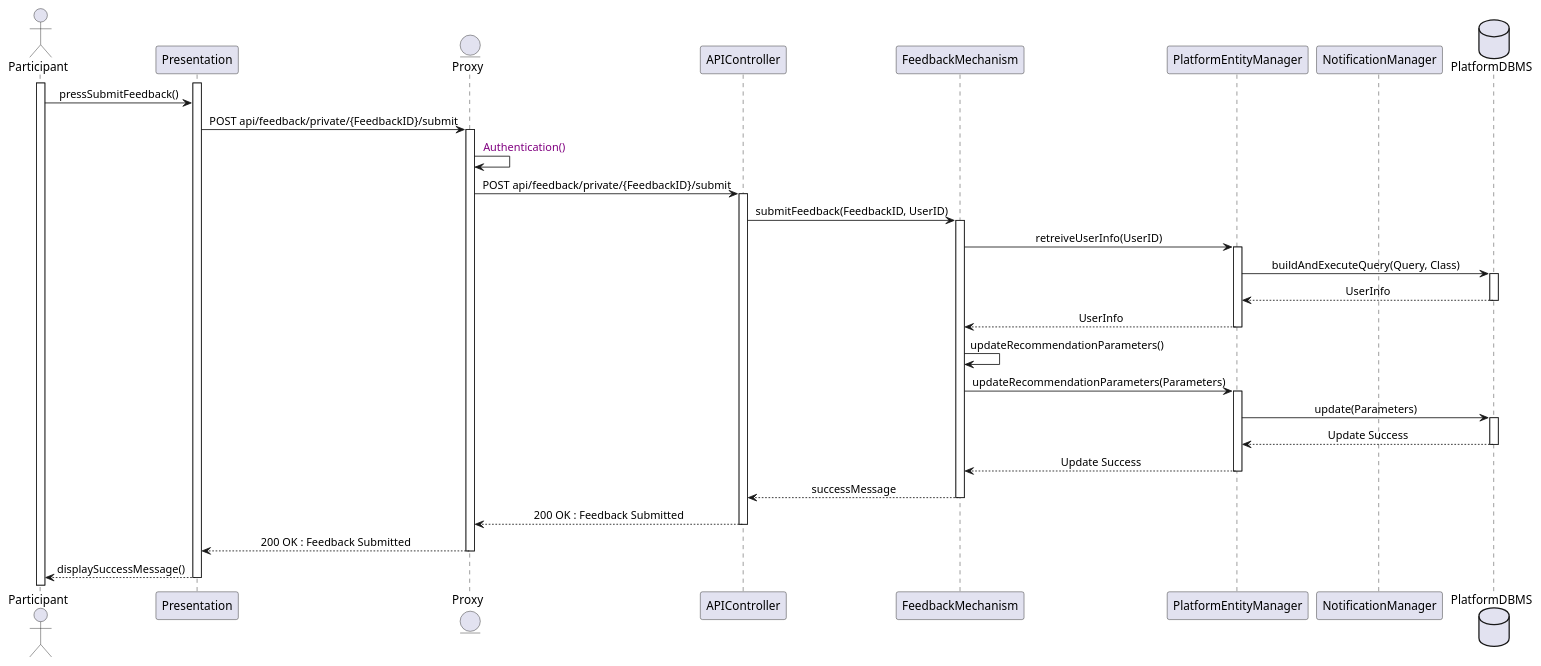
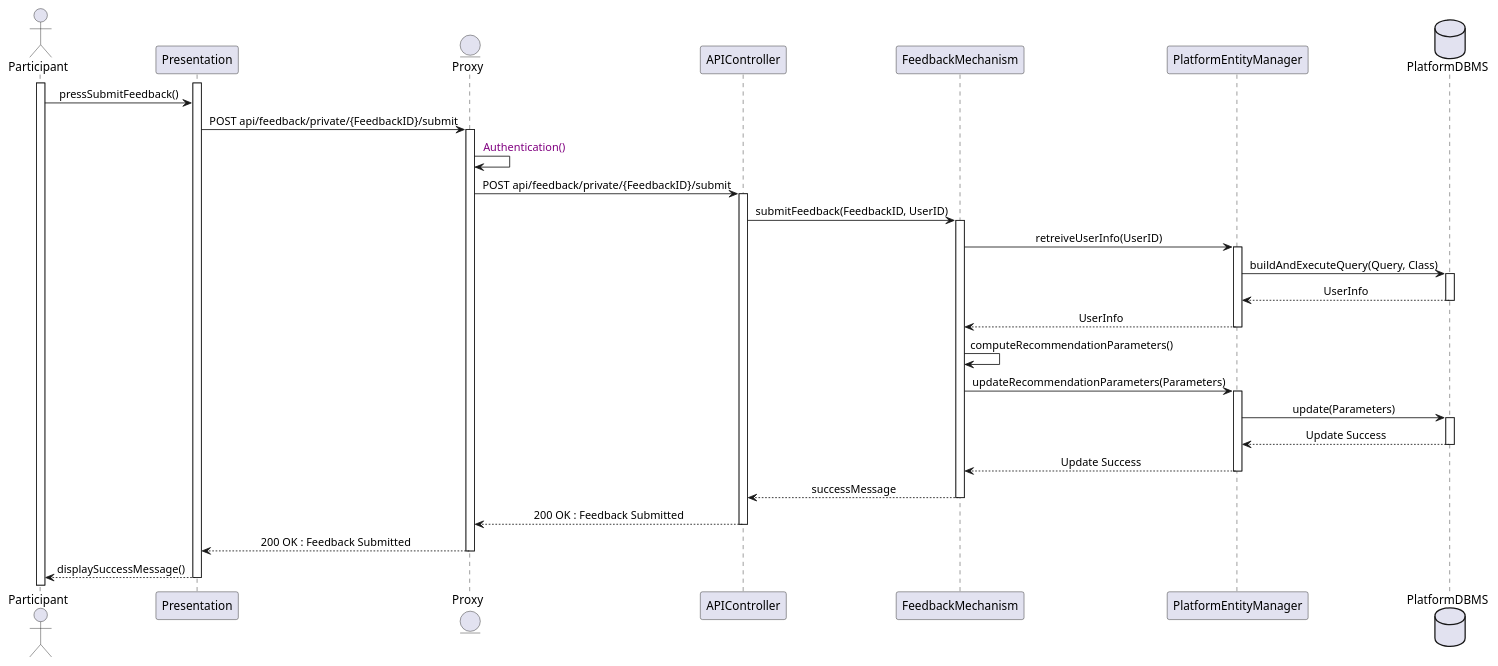
One commit to Slaitroc/RicciPaoliGrisoni changed the diagram in Diagrams/SequenceDiagrams/DD/6.2ParticipantSubmitsFeedback.wsd. Above: the diagram before and after it, drawn with PlantUML. The commit also changed 4 other files, not shown here.

Commit message:
Refactor DD SequenceDiagrams 3-6.1-6.2-7-8 with updated notifications convention

```diff
--- a/Diagrams/SequenceDiagrams/DD/6.2ParticipantSubmitsFeedback.wsd
+++ b/Diagrams/SequenceDiagrams/DD/6.2ParticipantSubmitsFeedback.wsd
@@ -1,32 +1,31 @@
 @startuml SubmitFeedback
 skinparam sequenceMessageAlign center
 actor       Participant
 participant  Presentation
 entity      Proxy
 participant APIController
 participant FeedbackMechanism
 participant PlatformEntityManager
-participant NotificationManager
 database    PlatformDBMS
 
 activate Participant
 activate Presentation
 Participant -> Presentation  : pressSubmitFeedback()
 Presentation -> Proxy ++ : POST api/feedback/private/{FeedbackID}/submit
 Proxy -> Proxy : <color:purple> Authentication()
 Proxy -> APIController ++ : POST api/feedback/private/{FeedbackID}/submit
 APIController -> FeedbackMechanism ++ : submitFeedback(FeedbackID, UserID)
 FeedbackMechanism -> PlatformEntityManager ++ : retreiveUserInfo(UserID)
 PlatformEntityManager -> PlatformDBMS ++ : buildAndExecuteQuery(Query, Class)
 PlatformDBMS --> PlatformEntityManager -- : UserInfo
 PlatformEntityManager --> FeedbackMechanism -- : UserInfo
-FeedbackMechanism -> FeedbackMechanism : updateRecommendationParameters()
+FeedbackMechanism -> FeedbackMechanism : computeRecommendationParameters()
 FeedbackMechanism -> PlatformEntityManager ++ : updateRecommendationParameters(Parameters)
 PlatformEntityManager -> PlatformDBMS ++ : update(Parameters)
 PlatformDBMS --> PlatformEntityManager -- : Update Success
 PlatformEntityManager --> FeedbackMechanism -- : Update Success
 FeedbackMechanism --> APIController -- : successMessage
 APIController --> Proxy -- : 200 OK : Feedback Submitted
 Proxy --> Presentation -- : 200 OK : Feedback Submitted
 Presentation --> Participant -- : displaySuccessMessage()
 @enduml
```
